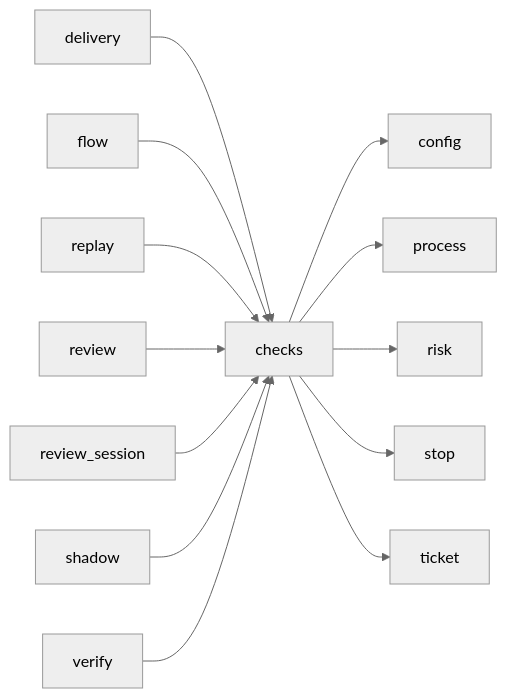
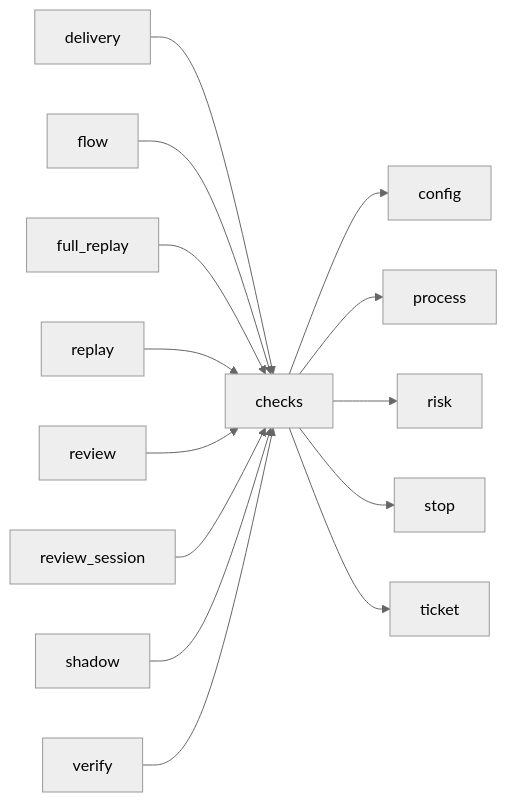
One commit to plaplanche/ariane changed the third of 3 diagrams in docs/architecture/modules/checks.md. Above: the diagram before and after it, drawn with Mermaid (neutral theme). The commit also changed other lines of this file and 41 other files, not shown here.

Commit message:
#186: Sampled full replay, escapes and escape rate in ariane report (C9, C19)

````diff
--- a/docs/architecture/modules/checks.md
+++ b/docs/architecture/modules/checks.md
@@ -103,15 +104,16 @@
 ```mermaid
 flowchart LR
   checks --> config
   checks --> process
   checks --> risk
   checks --> stop
   checks --> ticket
   delivery --> checks
   flow --> checks
+  full_replay --> checks
   replay --> checks
   review --> checks
   review_session --> checks
   shadow --> checks
   verify --> checks
 ```
````
